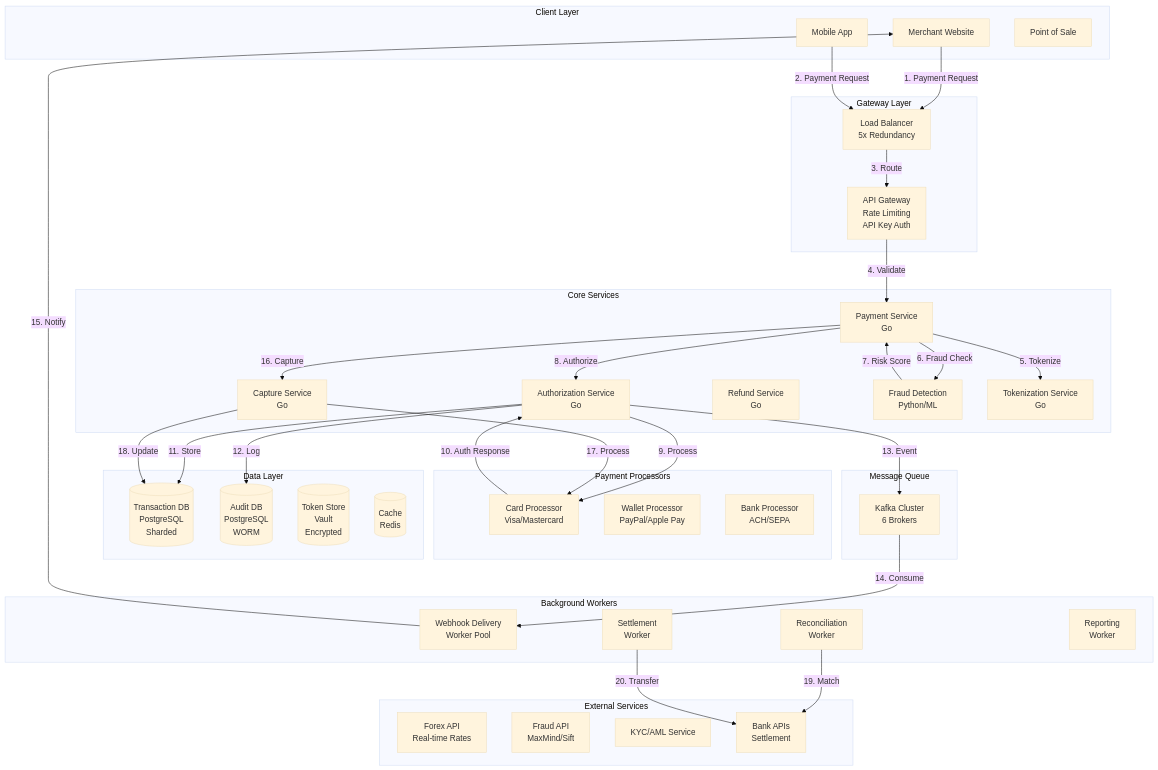
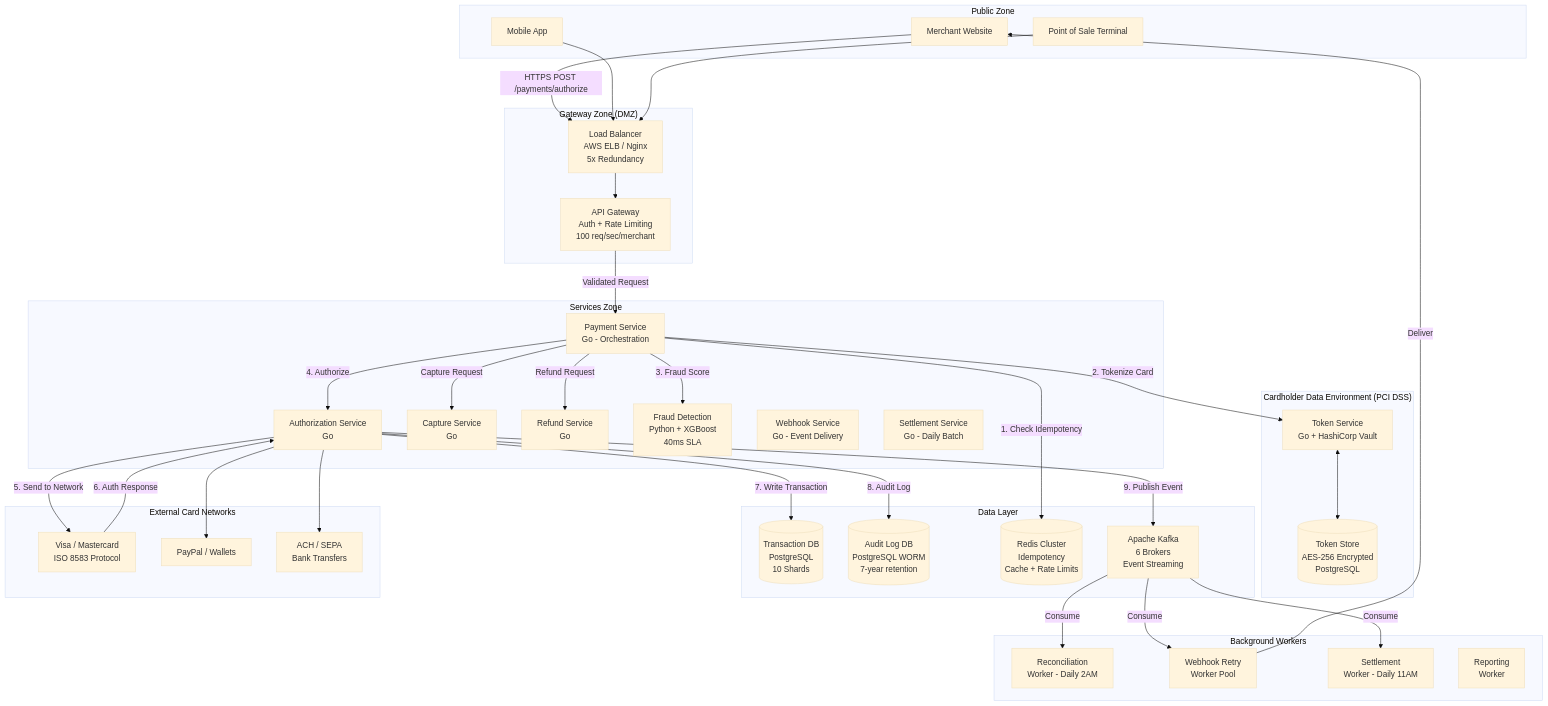
One commit to pankaj139/system-design-interview-solutions changed the first of 2 diagrams in payment_gateway_system_design.md. Above: the diagram before and after it, drawn with Mermaid (base theme). The commit also changed other lines of this file and 2 other files, not shown here.

First line of the commit message:
Add Payment Gateway system design (educational template format)

````diff
--- a/payment_gateway_system_design.md
+++ b/payment_gateway_system_design.md
@@ -210,80 +643,75 @@
 ```mermaid
 graph TB
-    subgraph Client Layer
+    subgraph Public["Public Zone"]
         Merchant[Merchant Website]
         MobileApp[Mobile App]
-        POS[Point of Sale]
+        POS[Point of Sale Terminal]
     end
-    
-    subgraph Gateway Layer
-        LB[Load Balancer<br/>5x Redundancy]
-        APIGateway[API Gateway<br/>Rate Limiting<br/>API Key Auth]
+
+    subgraph Gateway["Gateway Zone (DMZ)"]
+        LB[Load Balancer<br/>AWS ELB / Nginx<br/>5x Redundancy]
+        APIGW[API Gateway<br/>Auth + Rate Limiting<br/>100 req/sec/merchant]
     end
-    
-    subgraph Core Services
-        PaymentService[Payment Service<br/>Go]
-        AuthService[Authorization Service<br/>Go]
-        CaptureService[Capture Service<br/>Go]
-        RefundService[Refund Service<br/>Go]
-        FraudService[Fraud Detection<br/>Python/ML]
-        TokenService[Tokenization Service<br/>Go]
+
+    subgraph Services["Services Zone"]
+        PaySvc[Payment Service<br/>Go - Orchestration]
+        AuthSvc[Authorization Service<br/>Go]
+        CaptureSvc[Capture Service<br/>Go]
+        RefundSvc[Refund Service<br/>Go]
+        FraudSvc[Fraud Detection<br/>Python + XGBoost<br/>40ms SLA]
+        WebhookSvc[Webhook Service<br/>Go - Event Delivery]
+        SettleSvc[Settlement Service<br/>Go - Daily Batch]
     end
-    
-    subgraph Payment Processors
-        CardProcessor[Card Processor<br/>Visa/Mastercard]
-        WalletProcessor[Wallet Processor<br/>PayPal/Apple Pay]
-        BankProcessor[Bank Processor<br/>ACH/SEPA]
+
+    subgraph CDE["Cardholder Data Environment (PCI DSS)"]
+        TokenSvc[Token Service<br/>Go + HashiCorp Vault]
+        TokenDB[(Token Store<br/>AES-256 Encrypted<br/>PostgreSQL)]
     end
-    
-    subgraph Data Layer
-        TransactionDB[(Transaction DB<br/>PostgreSQL<br/>Sharded)]
-        AuditDB[(Audit DB<br/>PostgreSQL<br/>WORM)]
-        TokenDB[(Token Store<br/>Vault<br/>Encrypted)]
-        Cache[(Cache<br/>Redis)]
+
+    subgraph DataLayer["Data Layer"]
+        TxnDB[(Transaction DB<br/>PostgreSQL<br/>10 Shards)]
+        AuditDB[(Audit Log DB<br/>PostgreSQL WORM<br/>7-year retention)]
+        Redis[(Redis Cluster<br/>Idempotency<br/>Cache + Rate Limits)]
+        Kafka[Apache Kafka<br/>6 Brokers<br/>Event Streaming]
     end
-    
-    subgraph Message Queue
-        Kafka[Kafka Cluster<br/>6 Brokers]
+
+    subgraph Processors["External Card Networks"]
+        Visa[Visa / Mastercard<br/>ISO 8583 Protocol]
+        PayPal[PayPal / Wallets]
+        ACH[ACH / SEPA<br/>Bank Transfers]
     end
-    
-    subgraph Background Workers
-        WebhookWorker[Webhook Delivery<br/>Worker Pool]
-        ReconciliationWorker[Reconciliation<br/>Worker]
-        SettlementWorker[Settlement<br/>Worker]
-        ReportingWorker[Reporting<br/>Worker]
+
+    subgraph BackgroundWorkers["Background Workers"]
+        ReconcileWorker[Reconciliation<br/>Worker - Daily 2AM]
+        WebhookWorker[Webhook Retry<br/>Worker Pool]
+        SettleWorker[Settlement<br/>Worker - Daily 11AM]
+        ReportWorker[Reporting<br/>Worker]
     end
-    
-    subgraph External Services
-        ForexAPI[Forex API<br/>Real-time Rates]
-        FraudAPI[Fraud API<br/>MaxMind/Sift]
-        KYC[KYC/AML Service]
-        BankAPI[Bank APIs<br/>Settlement]
-    end
-    
-    Merchant -->|1. Payment Request| LB
-    MobileApp -->|2. Payment Request| LB
-    LB -->|3. Route| APIGateway
-    
-    APIGateway -->|4. Validate| PaymentService
-    PaymentService -->|5. Tokenize| TokenService
-    PaymentService -->|6. Fraud Check| FraudService
-    
-    FraudService -->|7. Risk Score| PaymentService
-    PaymentService -->|8. Authorize| AuthService
-    AuthService -->|9. Process| CardProcessor
-    
-    CardProcessor -->|10. Auth Response| AuthService
-    AuthService -->|11. Store| TransactionDB
-    AuthService -->|12. Log| AuditDB
-    AuthService -->|13. Event| Kafka
-    
-    Kafka -->|14. Consume| WebhookWorker
-    WebhookWorker -->|15. Notify| Merchant
-    
-    PaymentService -->|16. Capture| CaptureService
-    CaptureService -->|17. Process| CardProcessor
-    CaptureService -->|18. Update| TransactionDB
-    
-    ReconciliationWorker -->|19. Match| BankAPI
-    SettlementWorker -->|20. Transfer| BankAPI
+
+    Merchant -->|HTTPS POST /payments/authorize| LB
+    MobileApp --> LB
+    POS --> LB
+    LB --> APIGW
+    APIGW -->|Validated Request| PaySvc
+
+    PaySvc -->|1. Check Idempotency| Redis
+    PaySvc -->|2. Tokenize Card| TokenSvc
+    TokenSvc <--> TokenDB
+    PaySvc -->|3. Fraud Score| FraudSvc
+    PaySvc -->|4. Authorize| AuthSvc
+    AuthSvc -->|5. Send to Network| Visa
+    AuthSvc --> PayPal
+    AuthSvc --> ACH
+    Visa -->|6. Auth Response| AuthSvc
+    AuthSvc -->|7. Write Transaction| TxnDB
+    AuthSvc -->|8. Audit Log| AuditDB
+    AuthSvc -->|9. Publish Event| Kafka
+
+    Kafka -->|Consume| WebhookWorker
+    WebhookWorker -->|Deliver| Merchant
+    Kafka -->|Consume| ReconcileWorker
+    Kafka -->|Consume| SettleWorker
+
+    PaySvc -->|Capture Request| CaptureSvc
+    PaySvc -->|Refund Request| RefundSvc
 ```
````
